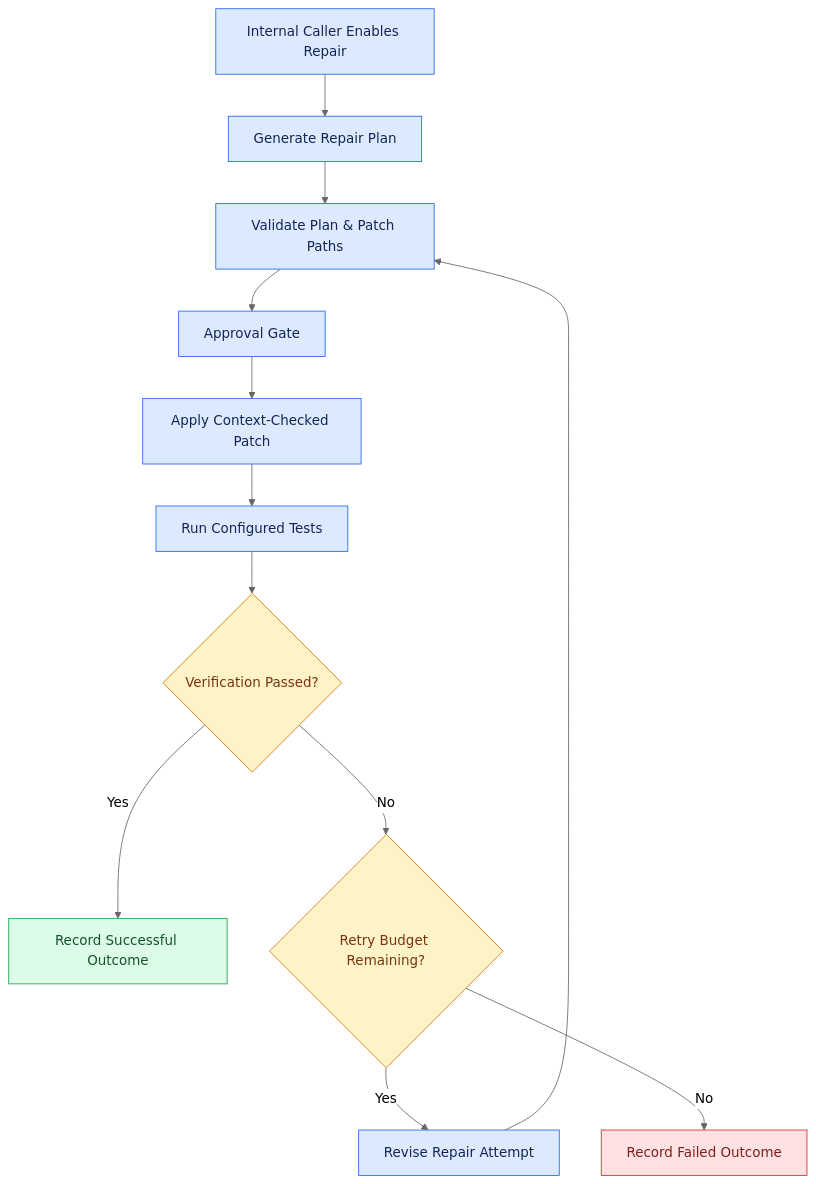
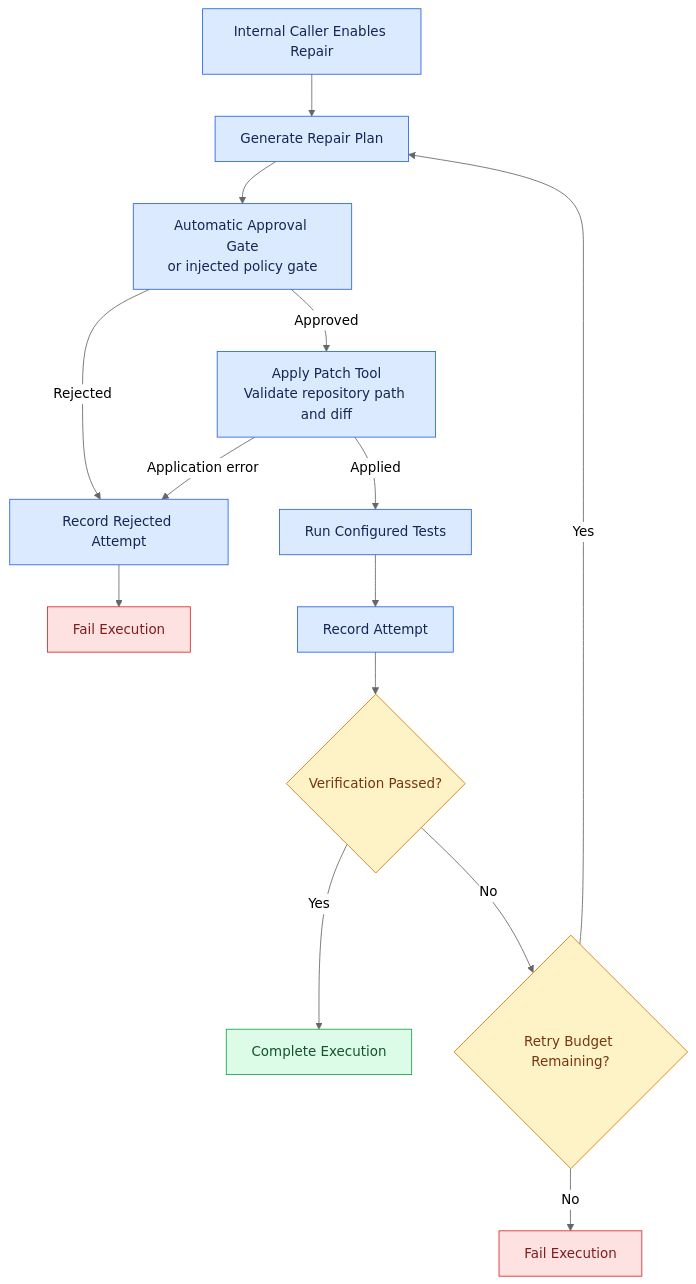
One commit to juyelhushen/sentinel changed the third of 3 diagrams in README.md. Above: the diagram before and after it, drawn with Mermaid (neutral theme). The commit also changed other lines of this file, not shown here.

````diff
--- a/README.md
+++ b/README.md
@@ -91,24 +109,26 @@
 ```mermaid
 flowchart TD
     A["Internal Caller Enables Repair"] --> B["Generate Repair Plan"]
-    B --> C["Validate Plan & Patch Paths"]
-    C --> D["Approval Gate"]
-    D --> E["Apply Context-Checked Patch"]
-    E --> F["Run Configured Tests"]
+    B --> C["Automatic Approval Gate<br/>or injected policy gate"]
+    C -- Rejected --> H["Record Rejected Attempt"]
+    H --> I["Fail Execution"]
+    C -- Approved --> D["Apply Patch Tool<br/>Validate repository path and diff"]
+    D -- Application error --> H
+    D -- Applied --> E["Run Configured Tests"]
+    E --> F["Record Attempt"]
     F --> G{"Verification Passed?"}
-    G -- Yes --> H["Record Successful Outcome"]
-    G -- No --> I{"Retry Budget Remaining?"}
-    I -- Yes --> J["Revise Repair Attempt"]
-    J --> C
-    I -- No --> K["Record Failed Outcome"]
+    G -- Yes --> J["Complete Execution"]
+    G -- No --> K{"Retry Budget Remaining?"}
+    K -- Yes --> B
+    K -- No --> L["Fail Execution"]
 
     classDef action fill:#dbeafe,stroke:#2563eb,color:#172554
     classDef decision fill:#fef3c7,stroke:#d97706,color:#78350f
     classDef success fill:#dcfce7,stroke:#16a34a,color:#14532d
     classDef failure fill:#fee2e2,stroke:#dc2626,color:#7f1d1d
 
-    class A,B,C,D,E,F,J action
-    class G,I decision
-    class H success
-    class K failure
+    class A,B,C,D,E,F,H action
+    class G,K decision
+    class J success
+    class I,L failure
 ```
````
